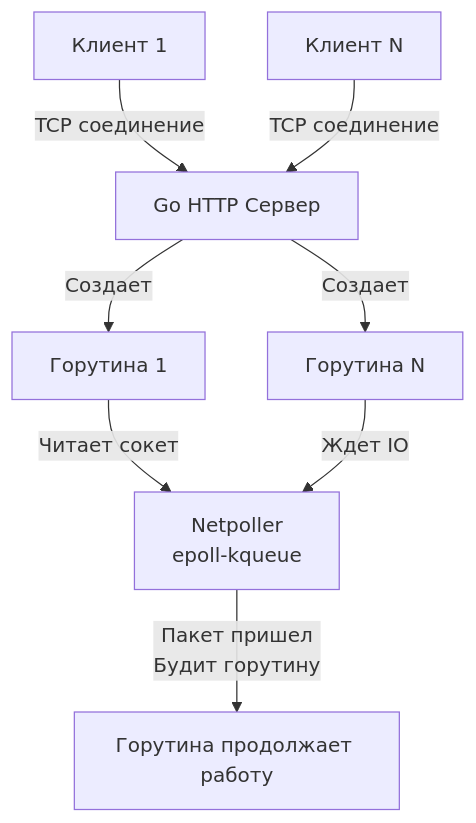
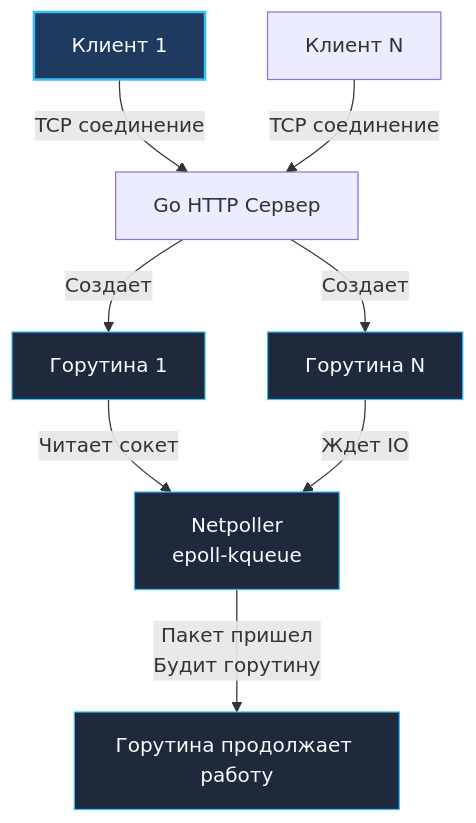
The diagram in sources/10. Проектирование API и Сетевые протоколы/1. Обзор раздела. Как проектировать интерфейсы.md (UnrealTemplier/go-textbook), drawn with Mermaid before and after one commit. The commit also changed 1666 other files, not shown here.

First line of the commit message:
feat(mermaid): add semantic color classDef to 1369 colorless flowchart/graph diagrams

````diff
--- a/sources/10. Проектирование API и Сетевые протоколы/1. Обзор раздела. Как проектировать интерфейсы.md
+++ b/sources/10. Проектирование API и Сетевые протоколы/1. Обзор раздела. Как проектировать интерфейсы.md
@@ -64,13 +64,23 @@
 ```mermaid
 flowchart TD
-    Client1["Клиент 1"]-->|"TCP соединение"|GoServer["Go HTTP Сервер"]
+    classDef process  fill:#1e293b,stroke:#38bdf8,stroke-width:1px,color:#f8fafc
+    classDef success  fill:#064e3b,stroke:#34d399,stroke-width:1px,color:#f8fafc
+    classDef error    fill:#7f1d1d,stroke:#f87171,stroke-width:1px,color:#f8fafc
+    classDef warning  fill:#78350f,stroke:#fbbf24,stroke-width:1px,color:#f8fafc
+    classDef entry    fill:#1e3a5f,stroke:#38bdf8,stroke-width:2px,color:#f8fafc
+    classDef aux      fill:#334155,stroke:#64748b,stroke-width:1px,color:#f8fafc
+    classDef system   fill:#312e81,stroke:#a78bfa,stroke-width:1px,color:#f8fafc
+    classDef data     fill:#132d29,stroke:#2dd4bf,stroke-width:1px,color:#f8fafc
+    classDef network  fill:#881337,stroke:#fb7185,stroke-width:1px,color:#f8fafc
+    classDef accent   fill:#1e1b4b,stroke:#818cf8,stroke-width:1px,color:#f8fafc
+    Client1["Клиент 1"]:::entry-->|"TCP соединение"|GoServer["Go HTTP Сервер"]
     Client2["Клиент N"]-->|"TCP соединение"|GoServer
     
-    GoServer-->|"Создает"|G1["Горутина 1"]
-    GoServer-->|"Создает"|GN["Горутина N"]
+    GoServer-->|"Создает"|G1["Горутина 1"]:::process
+    GoServer-->|"Создает"|GN["Горутина N"]:::process
     
-    G1-->|"Читает сокет"|Netpoller["Netpoller<br>epoll-kqueue"]
+    G1-->|"Читает сокет"|Netpoller["Netpoller<br>epoll-kqueue"]:::process
     GN-->|"Ждет IO"|Netpoller
     
-    Netpoller-->|"Пакет пришел<br>Будит горутину"|GReady["Горутина продолжает работу"]
+    Netpoller-->|"Пакет пришел<br>Будит горутину"|GReady["Горутина продолжает работу"]:::process
 ```
````
